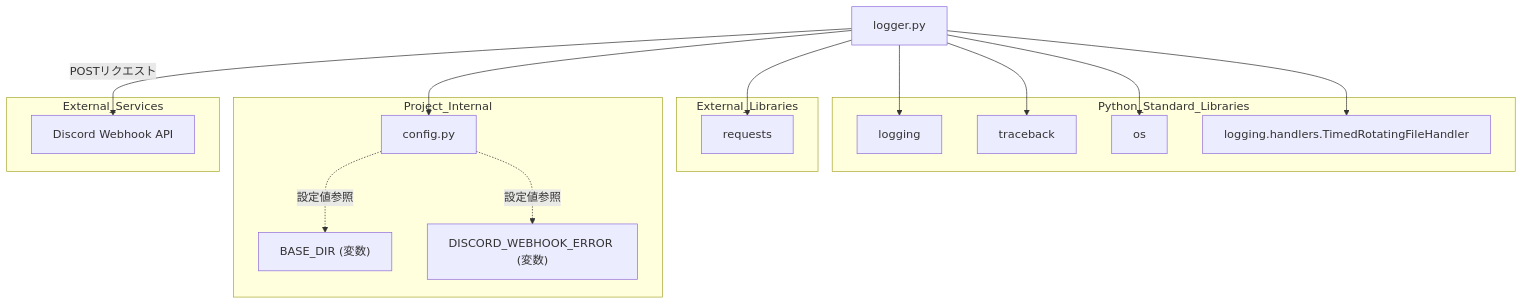
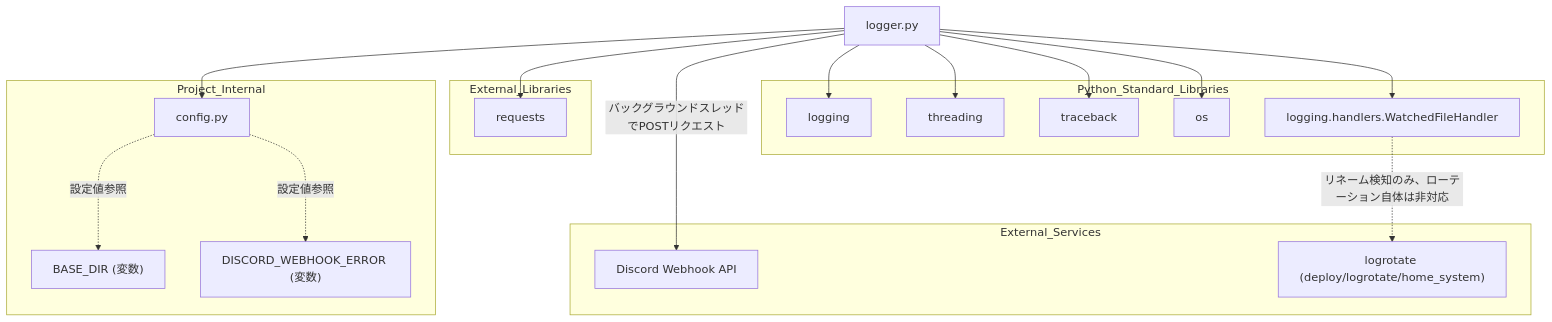
One commit to mmtigers/my_python_project changed the second of 2 diagrams in docs/specifications/MY_HOME_SYSTEM/logger.md. Above: the diagram before and after it, drawn with Mermaid. The commit also changed other lines of this file and 10 other files, not shown here.

````diff
--- a/docs/specifications/MY_HOME_SYSTEM/logger.md
+++ b/docs/specifications/MY_HOME_SYSTEM/logger.md
@@ -179,38 +209,42 @@
 ```mermaid
 graph TD
     LoggerPY["logger.py"]
     
     subgraph Python_Standard_Libraries
         Logging["logging"]
+        Threading["threading"]
         Traceback["traceback"]
         OS["os"]
-        RotatingHandler["logging.handlers.TimedRotatingFileHandler"]
+        WatchedHandler["logging.handlers.WatchedFileHandler"]
     end
     
     subgraph External_Libraries
         Requests["requests"]
     end
     
     subgraph Project_Internal
         Config["config.py"]
         BaseDir["BASE_DIR (変数)"]
         DiscordWebhook["DISCORD_WEBHOOK_ERROR (変数)"]
     end
     
     subgraph External_Services
         DiscordAPI["Discord Webhook API"]
+        Logrotate["logrotate (deploy/logrotate/home_system)"]
     end
 
     LoggerPY --> Logging
+    LoggerPY --> Threading
     LoggerPY --> Traceback
     LoggerPY --> OS
-    LoggerPY --> RotatingHandler
+    LoggerPY --> WatchedHandler
     LoggerPY --> Requests
     LoggerPY --> Config
     
     Config -.->|設定値参照| BaseDir
     Config -.->|設定値参照| DiscordWebhook
     
-    LoggerPY -->|POSTリクエスト| DiscordAPI
+    LoggerPY -->|バックグラウンドスレッドでPOSTリクエスト| DiscordAPI
+    WatchedHandler -.->|リネーム検知のみ、ローテーション自体は非対応| Logrotate
 
 ```
````
